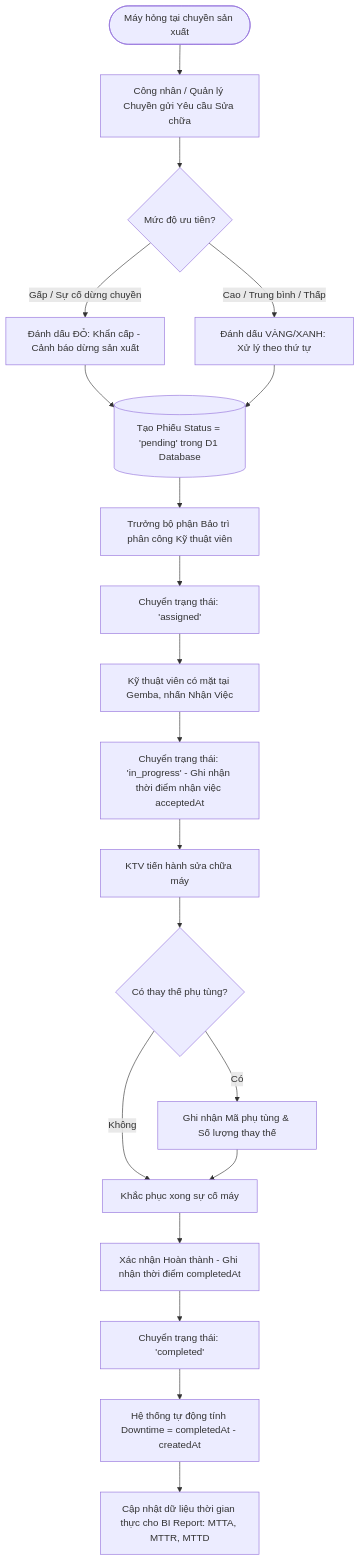
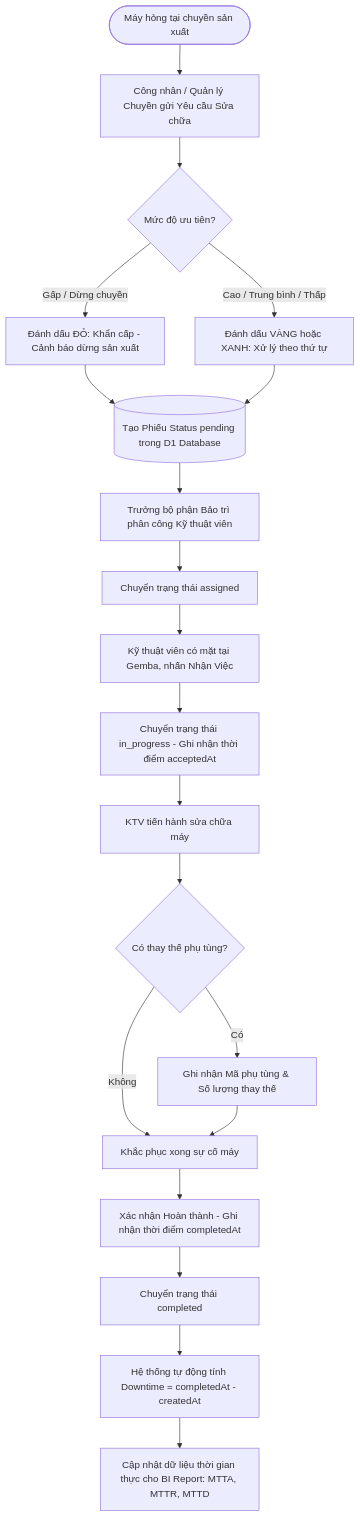
The ninth of 13 diagrams in README.md (tbsgroup2026/vpchuoiskechers), drawn with Mermaid before and after one commit. The commit also changed other lines of this file, not shown here.

Commit message:
fix(docs): quote all Mermaid node labels to guarantee 100% clean rendering on GitHub

````diff
--- a/README.md
+++ b/README.md
@@ -290,29 +290,29 @@
 ```mermaid
 flowchart TD
-    ReportIncident([Máy hỏng tại chuyền sản xuất]) --> FormTicket[Công nhân / Quản lý Chuyền gửi Yêu cầu Sửa chữa]
-    FormTicket --> PriorityCheck{Mức độ ưu tiên?}
+    ReportIncident(["Máy hỏng tại chuyền sản xuất"]) --> FormTicket["Công nhân / Quản lý Chuyền gửi Yêu cầu Sửa chữa"]
+    FormTicket --> PriorityCheck{"Mức độ ưu tiên?"}
 
-    PriorityCheck -->|Gấp / Sự cố dừng chuyền| TicketRed[Đánh dấu ĐỎ: Khẩn cấp - Cảnh báo dừng sản xuất]
-    PriorityCheck -->|Cao / Trung bình / Thấp| TicketNormal[Đánh dấu VÀNG/XANH: Xử lý theo thứ tự]
+    PriorityCheck -->|Gấp / Dừng chuyền| TicketRed["Đánh dấu ĐỎ: Khẩn cấp - Cảnh báo dừng sản xuất"]
+    PriorityCheck -->|Cao / Trung bình / Thấp| TicketNormal["Đánh dấu VÀNG hoặc XANH: Xử lý theo thứ tự"]
 
-    TicketRed --> SaveTicket[(Tạo Phiếu Status = 'pending' trong D1 Database)]
+    TicketRed --> SaveTicket[("Tạo Phiếu Status pending trong D1 Database")]
     TicketNormal --> SaveTicket
 
-    SaveTicket --> AssignTech[Trưởng bộ phận Bảo trì phân công Kỹ thuật viên]
-    AssignTech --> TechStatus1[Chuyển trạng thái: 'assigned']
+    SaveTicket --> AssignTech["Trưởng bộ phận Bảo trì phân công Kỹ thuật viên"]
+    AssignTech --> TechStatus1["Chuyển trạng thái assigned"]
 
-    TechStatus1 --> TechAccept[Kỹ thuật viên có mặt tại Gemba, nhấn Nhận Việc]
-    TechAccept --> TechStatus2[Chuyển trạng thái: 'in_progress' - Ghi nhận thời điểm nhận việc acceptedAt]
+    TechStatus1 --> TechAccept["Kỹ thuật viên có mặt tại Gemba, nhấn Nhận Việc"]
+    TechAccept --> TechStatus2["Chuyển trạng thái in_progress - Ghi nhận thời điểm acceptedAt"]
 
-    TechStatus2 --> FixProcess[KTV tiến hành sửa chữa máy]
-    FixProcess --> NeedParts{Có thay thế phụ tùng?}
-    NeedParts -->|Có| RecordParts[Ghi nhận Mã phụ tùng & Số lượng thay thế]
-    NeedParts -->|Không| FinishFix[Khắc phục xong sự cố máy]
+    TechStatus2 --> FixProcess["KTV tiến hành sửa chữa máy"]
+    FixProcess --> NeedParts{"Có thay thế phụ tùng?"}
+    NeedParts -->|Có| RecordParts["Ghi nhận Mã phụ tùng & Số lượng thay thế"]
+    NeedParts -->|Không| FinishFix["Khắc phục xong sự cố máy"]
 
     RecordParts --> FinishFix
-    FinishFix --> CompleteTicket[Xác nhận Hoàn thành - Ghi nhận thời điểm completedAt]
-    CompleteTicket --> StatusCompleted[Chuyển trạng thái: 'completed']
+    FinishFix --> CompleteTicket["Xác nhận Hoàn thành - Ghi nhận thời điểm completedAt"]
+    CompleteTicket --> StatusCompleted["Chuyển trạng thái completed"]
 
-    StatusCompleted --> AutoCalcDowntime[Hệ thống tự động tính Downtime = completedAt - createdAt]
-    AutoCalcDowntime --> UpdateMetrics[Cập nhật dữ liệu thời gian thực cho BI Report: MTTA, MTTR, MTTD]
+    StatusCompleted --> AutoCalcDowntime["Hệ thống tự động tính Downtime = completedAt - createdAt"]
+    AutoCalcDowntime --> UpdateMetrics["Cập nhật dữ liệu thời gian thực cho BI Report: MTTA, MTTR, MTTD"]
 ```
````
